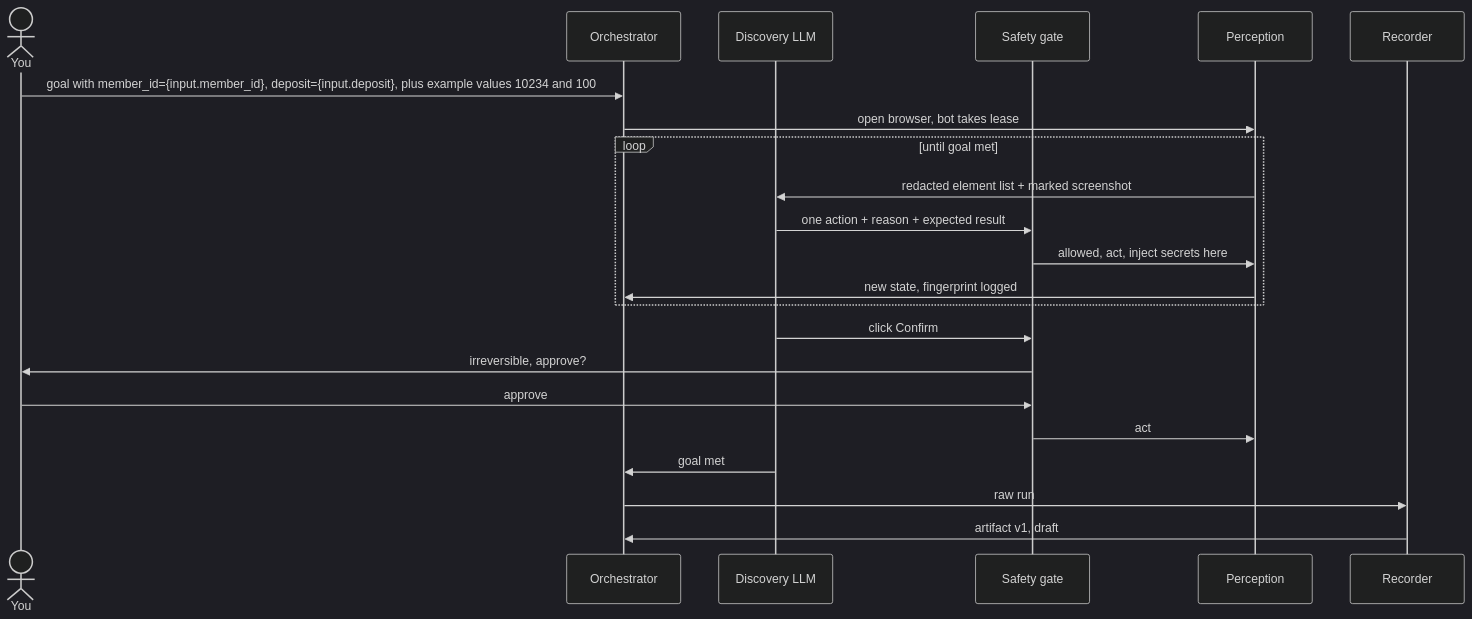
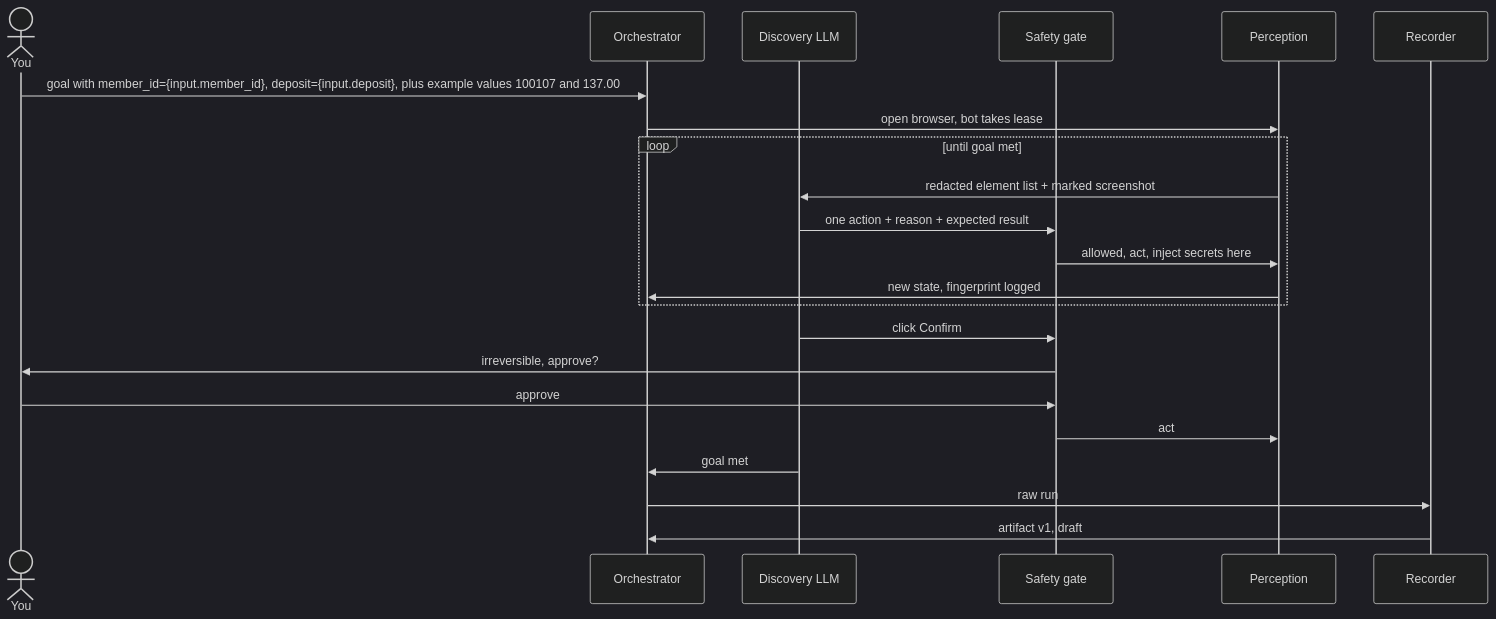
Before and after one commit to burpcat/intyy: the third of 11 diagrams in docs/design/1-intyy-component-level-design.md, drawn with Mermaid (dark theme). The commit also changed other lines of this file and 8 other files, not shown here.

````diff
--- a/docs/design/1-intyy-component-level-design.md
+++ b/docs/design/1-intyy-component-level-design.md
@@ -238,24 +238,24 @@
 ```mermaid
 sequenceDiagram
   actor You
   participant O as Orchestrator
   participant A as Discovery LLM
   participant S as Safety gate
   participant P as Perception
   participant R as Recorder
-  You->>O: goal with member_id={input.member_id}, deposit={input.deposit}, plus example values 10234 and 100
+  You->>O: goal with member_id={input.member_id}, deposit={input.deposit}, plus example values 100107 and 137.00
   O->>P: open browser, bot takes lease
   loop until goal met
     P->>A: redacted element list + marked screenshot
     A->>S: one action + reason + expected result
     S->>P: allowed, act, inject secrets here
     P->>O: new state, fingerprint logged
   end
   A->>S: click Confirm
   S->>You: irreversible, approve?
   You->>S: approve
   S->>P: act
   A->>O: goal met
   O->>R: raw run
   R->>O: artifact v1, draft
 ```
````
